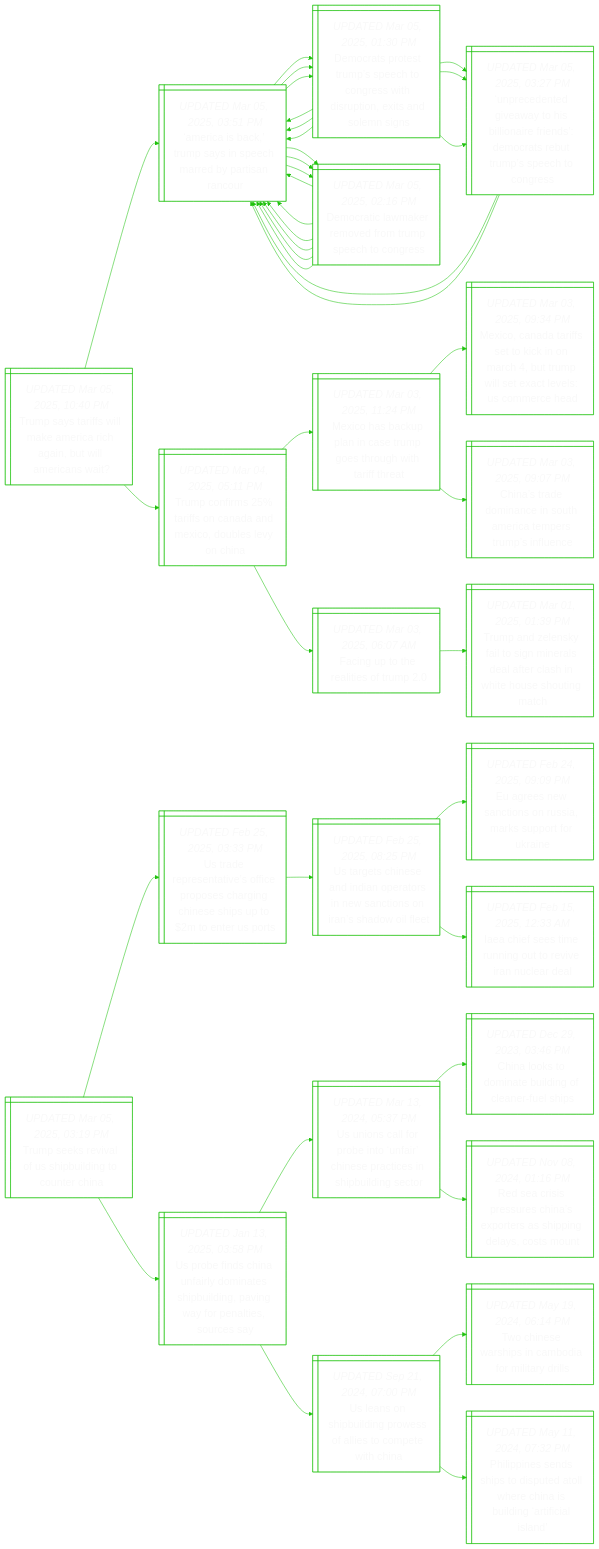
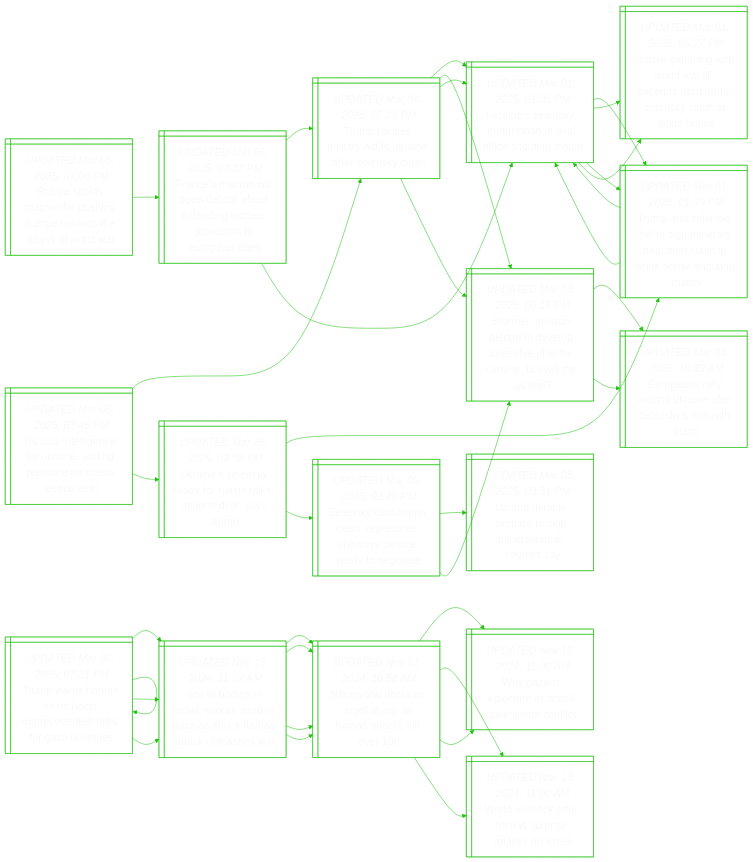
The diagram in README.md (notJmes/notJmes), drawn with Mermaid before and after one commit. The commit also changed other lines of this file, not shown here.

````diff
--- a/README.md
+++ b/README.md
@@ -16,130 +16,121 @@
 flowchart LR
 classDef txtsize font-size:20px;
 
-Tsasmmaablrs@{ shape: win-pane, label: "_UPDATED Mar 05, 2025, 10:40 PM_
-Trump says tariffs will make america rich again, but will americans wait?" }
-Acauypmdrno@{ shape: win-pane, label: "_UPDATED Mar 05, 2025, 03:51 PM_
-‘america is back,’ trump says in speech marred by partisan rancour" }
-DrrtpeCetrotsns@{ shape: win-pane, label: "_UPDATED Mar 05, 2025, 01:30 PM_
-Democrats protest trump’s speech to congress with disruption, exits and solemn signs" }
-Acauypmdrno@{ shape: win-pane, label: "_UPDATED Mar 05, 2025, 03:51 PM_
-‘america is back,’ trump says in speech marred by partisan rancour" }
-Uctvysireeabuptg@{ shape: win-pane, label: "_UPDATED Mar 05, 2025, 03:27 PM_
-‘unprecedented giveaway to his billionaire friends’: democrats rebut trump’s speech to congress" }
-Drlkmfrptg@{ shape: win-pane, label: "_UPDATED Mar 05, 2025, 02:16 PM_
-Democratic lawmaker removed from trump speech to congress" }
-Acauypmdrno@{ shape: win-pane, label: "_UPDATED Mar 05, 2025, 03:51 PM_
-‘america is back,’ trump says in speech marred by partisan rancour" }
-Acauypmdrno@{ shape: win-pane, label: "_UPDATED Mar 05, 2025, 03:51 PM_
-‘america is back,’ trump says in speech marred by partisan rancour" }
-TcrroadcbeC@{ shape: win-pane, label: "_UPDATED Mar 04, 2025, 05:11 PM_
-Trump confirms 25% tariffs on canada and mexico, doubles levy on china" }
-MoapnTghhtfa@{ shape: win-pane, label: "_UPDATED Mar 03, 2025, 11:24 PM_
-Mexico has backup plan in case trump goes through with tariff threat" }
-ModieiocTwececra@{ shape: win-pane, label: "_UPDATED Mar 03, 2025, 09:34 PM_
-Mexico, canada tariffs set to kick in on march 4, but trump will set exact levels: us commerce head" }
-Csenitresple@{ shape: win-pane, label: "_UPDATED Mar 03, 2025, 09:07 PM_
-China’s trade dominance in south america tempers trump’s influence" }
-Fgtaer@{ shape: win-pane, label: "_UPDATED Mar 03, 2025, 06:07 AM_
-Facing up to the realities of trump 2.0" }
+UslnridrrRae@{ shape: win-pane, label: "_UPDATED Mar 06, 2025, 03:45 PM_
+Us cuts intelligence for ukraine, adding pressure for russia peace deal" }
+Tpstikernl@{ shape: win-pane, label: "_UPDATED Mar 04, 2025, 07:28 PM_
+Trump pauses military aid to ukraine after zelensky clash" }
+Unlyphaiogh@{ shape: win-pane, label: "_UPDATED Mar 01, 2025, 01:05 PM_
+Ukraine’s zelensky, trump clash in oval office shouting match" }
 TalytnretaWHsit@{ shape: win-pane, label: "_UPDATED Mar 01, 2025, 01:39 PM_
 Trump and zelensky fail to sign minerals deal after clash in white house shouting match" }
+YgitlIcsTZsaWH@{ shape: win-pane, label: "_UPDATED Mar 01, 2025, 06:27 PM_
+‘you’re gambling with world war iii’: excerpts from trump-zelensky clash at white house" }
+Sereolarnkeiet@{ shape: win-pane, label: "_UPDATED Mar 03, 2025, 06:16 PM_
+Starmer, macron pledge to develop ceasefire plan for ukraine, but will the us bite?" }
+EearUneesiu@{ shape: win-pane, label: "_UPDATED Mar 03, 2025, 10:39 AM_
+Europeans rally around ukraine after zelensky’s row with trump" }
+EearUneesiu@{ shape: win-pane, label: "_UPDATED Mar 03, 2025, 10:39 AM_
+Europeans rally around ukraine after zelensky’s row with trump" }
+UnlyyutmalT@{ shape: win-pane, label: "_UPDATED Mar 05, 2025, 03:58 PM_
+Ukraine’s zelensky ready for russia talks, mineral deal, says trump" }
+TalytnretaWHsit@{ shape: win-pane, label: "_UPDATED Mar 01, 2025, 01:39 PM_
+Trump and zelensky fail to sign minerals deal after clash in white house shouting match" }
+Unlyphaiogh@{ shape: win-pane, label: "_UPDATED Mar 01, 2025, 01:05 PM_
+Ukraine’s zelensky, trump clash in oval office shouting match" }
+Unlyphaiogh@{ shape: win-pane, label: "_UPDATED Mar 01, 2025, 01:05 PM_
+Ukraine’s zelensky, trump clash in oval office shouting match" }
+Zsluagansiani@{ shape: win-pane, label: "_UPDATED Mar 05, 2025, 02:40 PM_
+Zelensky calls trump clash ‘regrettable’ and says ukraine ready to negotiate" }
+UUnpomaara@{ shape: win-pane, label: "_UPDATED Mar 05, 2025, 03:31 PM_
+Us and ukraine prepare to sign minerals deal, sources say" }
+Sereolarnkeiet@{ shape: win-pane, label: "_UPDATED Mar 03, 2025, 06:16 PM_
+Starmer, macron pledge to develop ceasefire plan for ukraine, but will the us bite?" }
 
-Tsasmmaablrs:::txtsize --> Acauypmdrno:::txtsize
-Acauypmdrno:::txtsize --> DrrtpeCetrotsns:::txtsize
-DrrtpeCetrotsns:::txtsize --> Acauypmdrno:::txtsize
-DrrtpeCetrotsns:::txtsize --> Uctvysireeabuptg:::txtsize
-Acauypmdrno:::txtsize --> Drlkmfrptg:::txtsize
-Drlkmfrptg:::txtsize --> Acauypmdrno:::txtsize
-Drlkmfrptg:::txtsize --> Acauypmdrno:::txtsize
-Tsasmmaablrs:::txtsize --> TcrroadcbeC:::txtsize
-TcrroadcbeC:::txtsize --> MoapnTghhtfa:::txtsize
-MoapnTghhtfa:::txtsize --> ModieiocTwececra:::txtsize
-MoapnTghhtfa:::txtsize --> Csenitresple:::txtsize
-TcrroadcbeC:::txtsize --> Fgtaer:::txtsize
-Fgtaer:::txtsize --> TalytnretaWHsit:::txtsize
+UslnridrrRae:::txtsize --> Tpstikernl:::txtsize
+Tpstikernl:::txtsize --> Unlyphaiogh:::txtsize
+Unlyphaiogh:::txtsize --> TalytnretaWHsit:::txtsize
+Unlyphaiogh:::txtsize --> YgitlIcsTZsaWH:::txtsize
+Tpstikernl:::txtsize --> Sereolarnkeiet:::txtsize
+Sereolarnkeiet:::txtsize --> EearUneesiu:::txtsize
+Sereolarnkeiet:::txtsize --> EearUneesiu:::txtsize
+UslnridrrRae:::txtsize --> UnlyyutmalT:::txtsize
+UnlyyutmalT:::txtsize --> TalytnretaWHsit:::txtsize
+TalytnretaWHsit:::txtsize --> Unlyphaiogh:::txtsize
+TalytnretaWHsit:::txtsize --> Unlyphaiogh:::txtsize
+UnlyyutmalT:::txtsize --> Zsluagansiani:::txtsize
+Zsluagansiani:::txtsize --> UUnpomaara:::txtsize
+Zsluagansiani:::txtsize --> Sereolarnkeiet:::txtsize
 
-Uctvysireeabuptg@{ shape: win-pane, label: "_UPDATED Mar 05, 2025, 03:27 PM_
-‘unprecedented giveaway to his billionaire friends’: democrats rebut trump’s speech to congress" }
-Acauypmdrno@{ shape: win-pane, label: "_UPDATED Mar 05, 2025, 03:51 PM_
-‘america is back,’ trump says in speech marred by partisan rancour" }
-DrrtpeCetrotsns@{ shape: win-pane, label: "_UPDATED Mar 05, 2025, 01:30 PM_
-Democrats protest trump’s speech to congress with disruption, exits and solemn signs" }
-Acauypmdrno@{ shape: win-pane, label: "_UPDATED Mar 05, 2025, 03:51 PM_
-‘america is back,’ trump says in speech marred by partisan rancour" }
-Uctvysireeabuptg@{ shape: win-pane, label: "_UPDATED Mar 05, 2025, 03:27 PM_
-‘unprecedented giveaway to his billionaire friends’: democrats rebut trump’s speech to congress" }
-Drlkmfrptg@{ shape: win-pane, label: "_UPDATED Mar 05, 2025, 02:16 PM_
-Democratic lawmaker removed from trump speech to congress" }
-Acauypmdrno@{ shape: win-pane, label: "_UPDATED Mar 05, 2025, 03:51 PM_
-‘america is back,’ trump says in speech marred by partisan rancour" }
-Acauypmdrno@{ shape: win-pane, label: "_UPDATED Mar 05, 2025, 03:51 PM_
-‘america is back,’ trump says in speech marred by partisan rancour" }
-Acauypmdrno@{ shape: win-pane, label: "_UPDATED Mar 05, 2025, 03:51 PM_
-‘america is back,’ trump says in speech marred by partisan rancour" }
-DrrtpeCetrotsns@{ shape: win-pane, label: "_UPDATED Mar 05, 2025, 01:30 PM_
-Democrats protest trump’s speech to congress with disruption, exits and solemn signs" }
-Acauypmdrno@{ shape: win-pane, label: "_UPDATED Mar 05, 2025, 03:51 PM_
-‘america is back,’ trump says in speech marred by partisan rancour" }
-Uctvysireeabuptg@{ shape: win-pane, label: "_UPDATED Mar 05, 2025, 03:27 PM_
-‘unprecedented giveaway to his billionaire friends’: democrats rebut trump’s speech to congress" }
-Drlkmfrptg@{ shape: win-pane, label: "_UPDATED Mar 05, 2025, 02:16 PM_
-Democratic lawmaker removed from trump speech to congress" }
-Acauypmdrno@{ shape: win-pane, label: "_UPDATED Mar 05, 2025, 03:51 PM_
-‘america is back,’ trump says in speech marred by partisan rancour" }
-Acauypmdrno@{ shape: win-pane, label: "_UPDATED Mar 05, 2025, 03:51 PM_
-‘america is back,’ trump says in speech marred by partisan rancour" }
+Radrrirosbfd@{ shape: win-pane, label: "_UPDATED Mar 06, 2025, 07:06 PM_
+Russia scolds macron for pushing europe towards the abyss of world war" }
+FerlntuegeoiEel@{ shape: win-pane, label: "_UPDATED Mar 06, 2025, 03:37 PM_
+France’s macron will open debate about extending nuclear protection to european allies" }
+Tpstikernl@{ shape: win-pane, label: "_UPDATED Mar 04, 2025, 07:28 PM_
+Trump pauses military aid to ukraine after zelensky clash" }
+Unlyphaiogh@{ shape: win-pane, label: "_UPDATED Mar 01, 2025, 01:05 PM_
+Ukraine’s zelensky, trump clash in oval office shouting match" }
+Sereolarnkeiet@{ shape: win-pane, label: "_UPDATED Mar 03, 2025, 06:16 PM_
+Starmer, macron pledge to develop ceasefire plan for ukraine, but will the us bite?" }
+Unlyphaiogh@{ shape: win-pane, label: "_UPDATED Mar 01, 2025, 01:05 PM_
+Ukraine’s zelensky, trump clash in oval office shouting match" }
+TalytnretaWHsit@{ shape: win-pane, label: "_UPDATED Mar 01, 2025, 01:39 PM_
+Trump and zelensky fail to sign minerals deal after clash in white house shouting match" }
+YgitlIcsTZsaWH@{ shape: win-pane, label: "_UPDATED Mar 01, 2025, 06:27 PM_
+‘you’re gambling with world war iii’: excerpts from trump-zelensky clash at white house" }
 
-Uctvysireeabuptg:::txtsize --> Acauypmdrno:::txtsize
-Acauypmdrno:::txtsize --> DrrtpeCetrotsns:::txtsize
-DrrtpeCetrotsns:::txtsize --> Acauypmdrno:::txtsize
-DrrtpeCetrotsns:::txtsize --> Uctvysireeabuptg:::txtsize
-Acauypmdrno:::txtsize --> Drlkmfrptg:::txtsize
-Drlkmfrptg:::txtsize --> Acauypmdrno:::txtsize
-Drlkmfrptg:::txtsize --> Acauypmdrno:::txtsize
-Uctvysireeabuptg:::txtsize --> Acauypmdrno:::txtsize
-Acauypmdrno:::txtsize --> DrrtpeCetrotsns:::txtsize
-DrrtpeCetrotsns:::txtsize --> Acauypmdrno:::txtsize
-DrrtpeCetrotsns:::txtsize --> Uctvysireeabuptg:::txtsize
-Acauypmdrno:::txtsize --> Drlkmfrptg:::txtsize
-Drlkmfrptg:::txtsize --> Acauypmdrno:::txtsize
-Drlkmfrptg:::txtsize --> Acauypmdrno:::txtsize
+Radrrirosbfd:::txtsize --> FerlntuegeoiEel:::txtsize
+FerlntuegeoiEel:::txtsize --> Tpstikernl:::txtsize
+Tpstikernl:::txtsize --> Unlyphaiogh:::txtsize
+Tpstikernl:::txtsize --> Sereolarnkeiet:::txtsize
+FerlntuegeoiEel:::txtsize --> Unlyphaiogh:::txtsize
+Unlyphaiogh:::txtsize --> TalytnretaWHsit:::txtsize
+Unlyphaiogh:::txtsize --> YgitlIcsTZsaWH:::txtsize
 
-TsraSbicen@{ shape: win-pane, label: "_UPDATED Mar 05, 2025, 03:19 PM_
-Trump seeks revival of us shipbuilding to counter china" }
-Udrteiosghesmtp@{ shape: win-pane, label: "_UPDATED Feb 25, 2025, 03:33 PM_
-Us trade representative’s office proposes charging chinese ships up to $2m to enter us ports" }
-UghenotnaoIswl@{ shape: win-pane, label: "_UPDATED Feb 25, 2025, 08:25 PM_
-Us targets chinese and indian operators in new sanctions on iran’s shadow oil fleet" }
-Eewtosrpfr@{ shape: win-pane, label: "_UPDATED Feb 24, 2025, 09:09 PM_
-Eu agrees new sanctions on russia, marks support for ukraine" }
-IhemnueIur@{ shape: win-pane, label: "_UPDATED Feb 15, 2025, 12:33 AM_
-Iaea chief sees time running out to revive iran nuclear deal" }
-Ubdnadahignfnera@{ shape: win-pane, label: "_UPDATED Jan 13, 2025, 03:58 PM_
-Us probe finds china unfairly dominates shipbuilding, paving way for penalties, sources say" }
-UolpinCscsilsr@{ shape: win-pane, label: "_UPDATED Mar 13, 2024, 05:37 PM_
-Us unions call for probe into ‘unfair’ chinese practices in shipbuilding sector" }
-Cltibicels@{ shape: win-pane, label: "_UPDATED Dec 29, 2023, 03:46 PM_
-China looks to dominate building of cleaner-fuel ships" }
-Raissaosigytn@{ shape: win-pane, label: "_UPDATED Nov 08, 2024, 01:16 PM_
-Red sea crisis pressures china’s exporters as shipping delays, costs mount" }
-Unhigeasmwh@{ shape: win-pane, label: "_UPDATED Sep 21, 2024, 07:00 PM_
-Us leans on shipbuilding prowess of allies to compete with china" }
-TiwiCdrtr@{ shape: win-pane, label: "_UPDATED May 19, 2024, 06:14 PM_
-Two chinese warships in cambodia for military drills" }
-Ppssssdleaigfln@{ shape: win-pane, label: "_UPDATED May 11, 2024, 07:32 PM_
-Philippines sends ships to disputed atoll where china is building ‘artificial island’" }
+TwHaoneekGoe@{ shape: win-pane, label: "_UPDATED Mar 06, 2025, 07:21 PM_
+Trump warns hamas as us holds unprecedented talks for gaza hostages" }
+TwHaoneekGoe@{ shape: win-pane, label: "_UPDATED Mar 06, 2025, 07:21 PM_
+Trump warns hamas as us holds unprecedented talks for gaza hostages" }
+TwHaoneekGoe@{ shape: win-pane, label: "_UPDATED Mar 06, 2025, 07:21 PM_
+Trump warns hamas as us holds unprecedented talks for gaza hostages" }
+TwHaoneekGoe@{ shape: win-pane, label: "_UPDATED Mar 06, 2025, 07:21 PM_
+Trump warns hamas as us holds unprecedented talks for gaza hostages" }
+Sbsrcdnacaale@{ shape: win-pane, label: "_UPDATED Nov 13, 2024, 11:02 AM_
+‘sea of bodies’ in israel, scores dead in gaza as shock hamas attack unleashes war" }
+Sbsrcdnacaale@{ shape: win-pane, label: "_UPDATED Nov 13, 2024, 11:02 AM_
+‘sea of bodies’ in israel, scores dead in gaza as shock hamas attack unleashes war" }
+NyeeawHakl@{ shape: win-pane, label: "_UPDATED Nov 13, 2024, 10:58 AM_
+Netanyahu declares israel at war as hamas attacks kill over 100" }
+NyeeawHakl@{ shape: win-pane, label: "_UPDATED Nov 13, 2024, 10:58 AM_
+Netanyahu declares israel at war as hamas attacks kill over 100" }
+Sbsrcdnacaale@{ shape: win-pane, label: "_UPDATED Nov 13, 2024, 11:02 AM_
+‘sea of bodies’ in israel, scores dead in gaza as shock hamas attack unleashes war" }
+NyeeawHakl@{ shape: win-pane, label: "_UPDATED Nov 13, 2024, 10:58 AM_
+Netanyahu declares israel at war as hamas attacks kill over 100" }
+WzptIleint@{ shape: win-pane, label: "_UPDATED Nov 13, 2024, 11:00 AM_
+Why gaza is epicentre of israeli-palestinian conflict" }
+Wiceapaks@{ shape: win-pane, label: "_UPDATED Nov 13, 2024, 11:00 AM_
+World in shock after hamas surprise attacks on israel" }
+NyeeawHakl@{ shape: win-pane, label: "_UPDATED Nov 13, 2024, 10:58 AM_
+Netanyahu declares israel at war as hamas attacks kill over 100" }
+WzptIleint@{ shape: win-pane, label: "_UPDATED Nov 13, 2024, 11:00 AM_
+Why gaza is epicentre of israeli-palestinian conflict" }
+Wiceapaks@{ shape: win-pane, label: "_UPDATED Nov 13, 2024, 11:00 AM_
+World in shock after hamas surprise attacks on israel" }
 
-TsraSbicen:::txtsize --> Udrteiosghesmtp:::txtsize
-Udrteiosghesmtp:::txtsize --> UghenotnaoIswl:::txtsize
-UghenotnaoIswl:::txtsize --> Eewtosrpfr:::txtsize
-UghenotnaoIswl:::txtsize --> IhemnueIur:::txtsize
-TsraSbicen:::txtsize --> Ubdnadahignfnera:::txtsize
-Ubdnadahignfnera:::txtsize --> UolpinCscsilsr:::txtsize
-UolpinCscsilsr:::txtsize --> Cltibicels:::txtsize
-UolpinCscsilsr:::txtsize --> Raissaosigytn:::txtsize
-Ubdnadahignfnera:::txtsize --> Unhigeasmwh:::txtsize
-Unhigeasmwh:::txtsize --> TiwiCdrtr:::txtsize
-Unhigeasmwh:::txtsize --> Ppssssdleaigfln:::txtsize
+TwHaoneekGoe:::txtsize --> TwHaoneekGoe:::txtsize
+TwHaoneekGoe:::txtsize --> TwHaoneekGoe:::txtsize
+TwHaoneekGoe:::txtsize --> TwHaoneekGoe:::txtsize
+TwHaoneekGoe:::txtsize --> Sbsrcdnacaale:::txtsize
+TwHaoneekGoe:::txtsize --> Sbsrcdnacaale:::txtsize
+Sbsrcdnacaale:::txtsize --> NyeeawHakl:::txtsize
+Sbsrcdnacaale:::txtsize --> NyeeawHakl:::txtsize
+TwHaoneekGoe:::txtsize --> Sbsrcdnacaale:::txtsize
+Sbsrcdnacaale:::txtsize --> NyeeawHakl:::txtsize
+NyeeawHakl:::txtsize --> WzptIleint:::txtsize
+NyeeawHakl:::txtsize --> Wiceapaks:::txtsize
+Sbsrcdnacaale:::txtsize --> NyeeawHakl:::txtsize
+NyeeawHakl:::txtsize --> WzptIleint:::txtsize
+NyeeawHakl:::txtsize --> Wiceapaks:::txtsize
 
 ```
````
